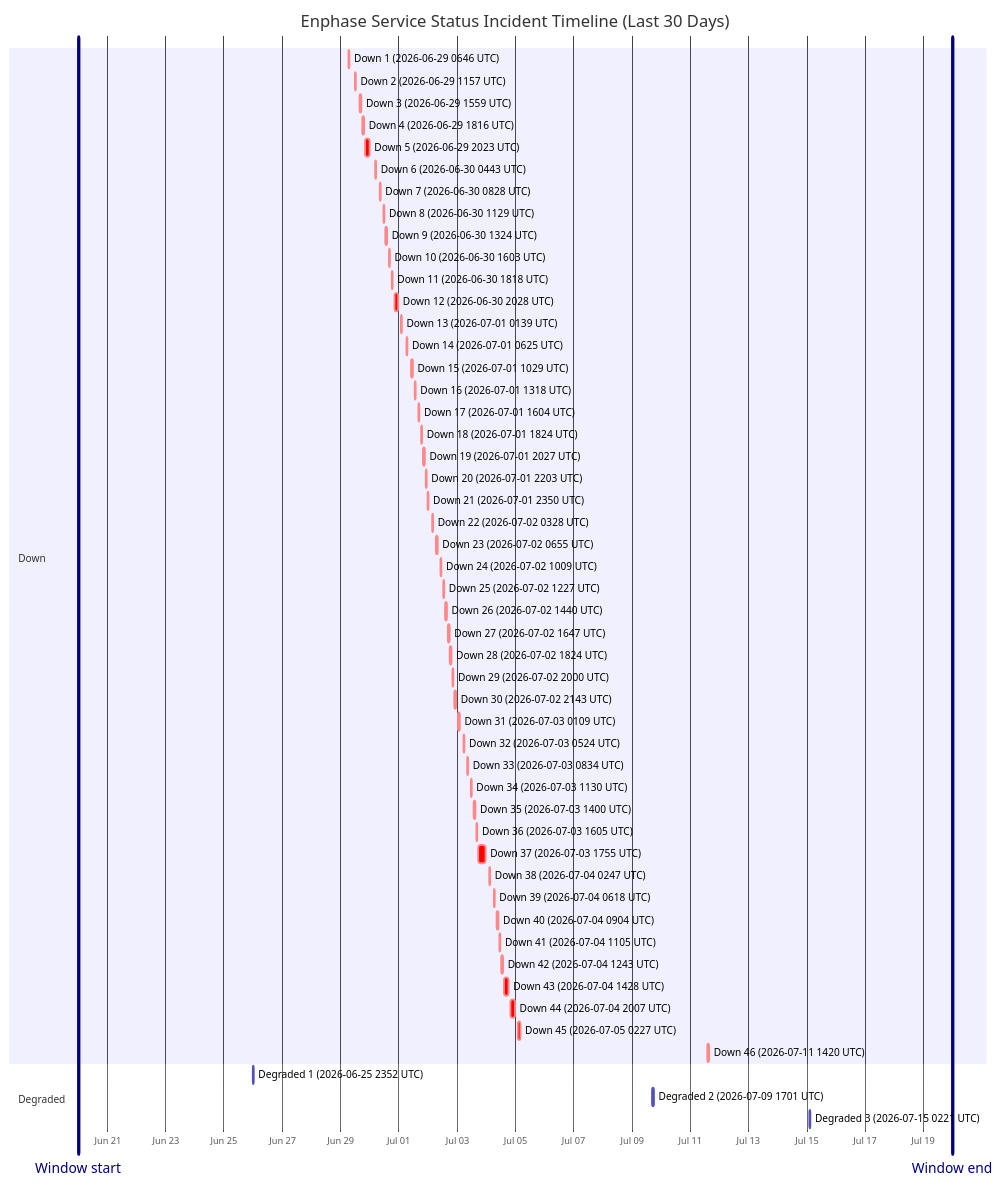
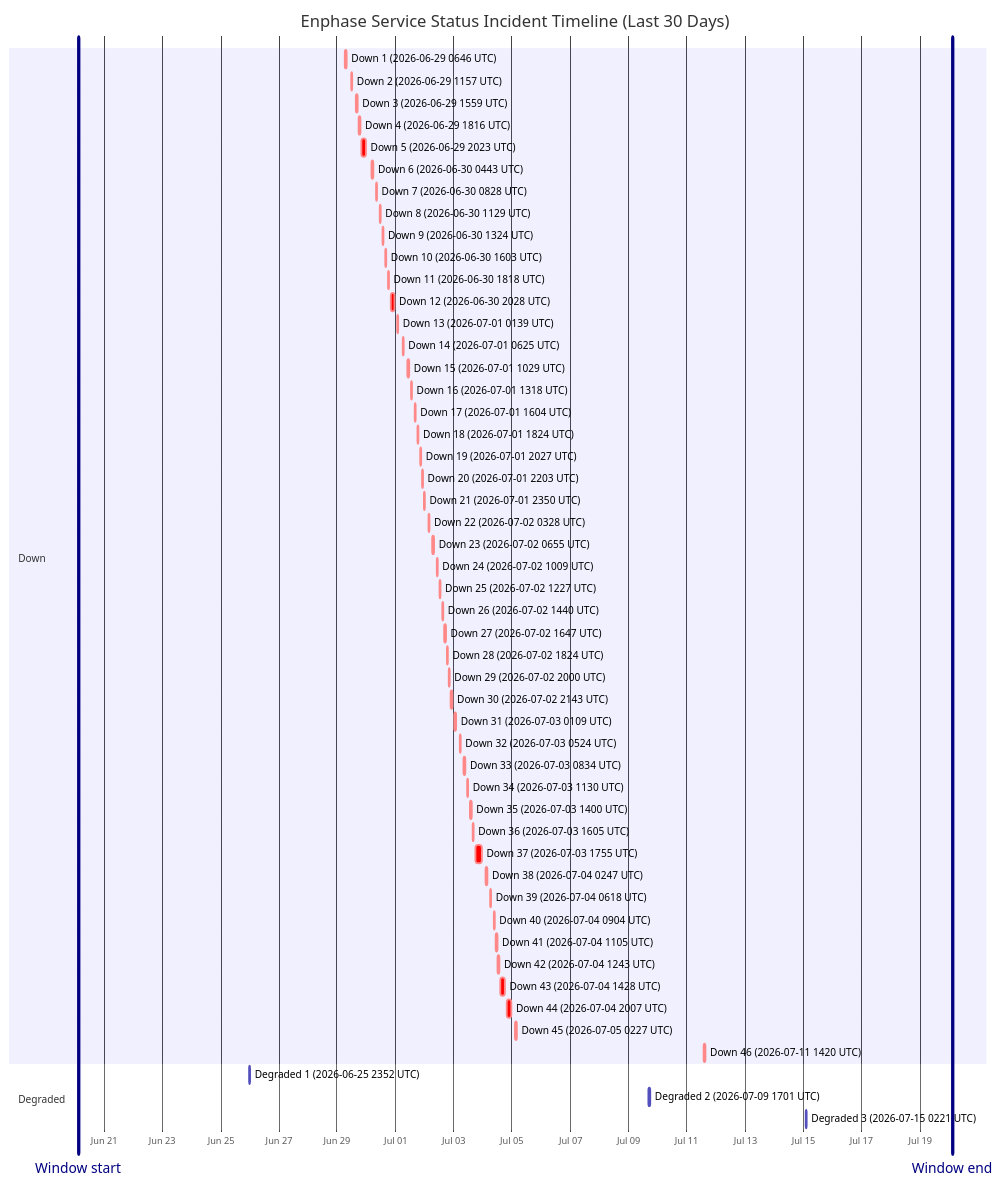
The diagram in wiki/Service-Status-History.md (barneyonline/ha-enphase-energy), drawn with Mermaid before and after one commit. The commit also changed other lines of this file and 3 other files, not shown here.

````diff
--- a/wiki/Service-Status-History.md
+++ b/wiki/Service-Status-History.md
@@ -14,59 +14,59 @@
 ```mermaid
 gantt
     title Enphase Service Status Incident Timeline (Last 30 Days)
     dateFormat  YYYY-MM-DDTHH:mm:ss
     axisFormat  %b %d
-    Window start :vert, window-start, 2026-06-19T23:55:09, 0ms
-    Window end :vert, window-end, 2026-07-19T23:55:09, 0ms
+    Window start :vert, window-start, 2026-06-20T02:49:29, 0ms
+    Window end :vert, window-end, 2026-07-20T02:49:29, 0ms
     section Down
     Down 1 (2026-06-29 0646 UTC) :crit, down-1, 2026-06-29T06:46:18, 60m
     Down 2 (2026-06-29 1157 UTC) :crit, down-2, 2026-06-29T11:57:36, 60m
     Down 3 (2026-06-29 1559 UTC) :crit, down-3, 2026-06-29T15:59:02, 60m
     Down 4 (2026-06-29 1816 UTC) :crit, down-4, 2026-06-29T18:16:38, 60m
     Down 5 (2026-06-29 2023 UTC) :crit, down-5, 2026-06-29T20:23:16, 220m
     Down 6 (2026-06-30 0443 UTC) :crit, down-6, 2026-06-30T04:43:54, 60m
     Down 7 (2026-06-30 0828 UTC) :crit, down-7, 2026-06-30T08:28:43, 60m
     Down 8 (2026-06-30 1129 UTC) :crit, down-8, 2026-06-30T11:29:15, 60m
     Down 9 (2026-06-30 1324 UTC) :crit, down-9, 2026-06-30T13:24:25, 60m
     Down 10 (2026-06-30 1603 UTC) :crit, down-10, 2026-06-30T16:03:26, 60m
     Down 11 (2026-06-30 1818 UTC) :crit, down-11, 2026-06-30T18:18:39, 60m
     Down 12 (2026-06-30 2028 UTC) :crit, down-12, 2026-06-30T20:28:54, 171m
     Down 13 (2026-07-01 0139 UTC) :crit, down-13, 2026-07-01T01:39:18, 60m
     Down 14 (2026-07-01 0625 UTC) :crit, down-14, 2026-07-01T06:25:35, 60m
     Down 15 (2026-07-01 1029 UTC) :crit, down-15, 2026-07-01T10:29:24, 60m
     Down 16 (2026-07-01 1318 UTC) :crit, down-16, 2026-07-01T13:18:31, 60m
     Down 17 (2026-07-01 1604 UTC) :crit, down-17, 2026-07-01T16:04:29, 60m
     Down 18 (2026-07-01 1824 UTC) :crit, down-18, 2026-07-01T18:24:21, 60m
     Down 19 (2026-07-01 2027 UTC) :crit, down-19, 2026-07-01T20:27:17, 60m
     Down 20 (2026-07-01 2203 UTC) :crit, down-20, 2026-07-01T22:03:46, 60m
     Down 21 (2026-07-01 2350 UTC) :crit, down-21, 2026-07-01T23:50:52, 60m
     Down 22 (2026-07-02 0328 UTC) :crit, down-22, 2026-07-02T03:28:33, 60m
     Down 23 (2026-07-02 0655 UTC) :crit, down-23, 2026-07-02T06:55:07, 60m
     Down 24 (2026-07-02 1009 UTC) :crit, down-24, 2026-07-02T10:09:15, 60m
     Down 25 (2026-07-02 1227 UTC) :crit, down-25, 2026-07-02T12:27:49, 60m
     Down 26 (2026-07-02 1440 UTC) :crit, down-26, 2026-07-02T14:40:53, 60m
     Down 27 (2026-07-02 1647 UTC) :crit, down-27, 2026-07-02T16:47:47, 60m
     Down 28 (2026-07-02 1824 UTC) :crit, down-28, 2026-07-02T18:24:26, 60m
     Down 29 (2026-07-02 2000 UTC) :crit, down-29, 2026-07-02T20:00:57, 60m
     Down 30 (2026-07-02 2143 UTC) :crit, down-30, 2026-07-02T21:43:52, 80m
     Down 31 (2026-07-03 0109 UTC) :crit, down-31, 2026-07-03T01:09:19, 60m
     Down 32 (2026-07-03 0524 UTC) :crit, down-32, 2026-07-03T05:24:23, 60m
     Down 33 (2026-07-03 0834 UTC) :crit, down-33, 2026-07-03T08:34:05, 60m
     Down 34 (2026-07-03 1130 UTC) :crit, down-34, 2026-07-03T11:30:41, 60m
     Down 35 (2026-07-03 1400 UTC) :crit, down-35, 2026-07-03T14:00:48, 60m
     Down 36 (2026-07-03 1605 UTC) :crit, down-36, 2026-07-03T16:05:49, 60m
     Down 37 (2026-07-03 1755 UTC) :crit, down-37, 2026-07-03T17:55:54, 338m
     Down 38 (2026-07-04 0247 UTC) :crit, down-38, 2026-07-04T02:47:22, 60m
     Down 39 (2026-07-04 0618 UTC) :crit, down-39, 2026-07-04T06:18:09, 60m
     Down 40 (2026-07-04 0904 UTC) :crit, down-40, 2026-07-04T09:04:41, 60m
     Down 41 (2026-07-04 1105 UTC) :crit, down-41, 2026-07-04T11:05:21, 60m
     Down 42 (2026-07-04 1243 UTC) :crit, down-42, 2026-07-04T12:43:25, 60m
     Down 43 (2026-07-04 1428 UTC) :crit, down-43, 2026-07-04T14:28:07, 243m
     Down 44 (2026-07-04 2007 UTC) :crit, down-44, 2026-07-04T20:07:50, 206m
     Down 45 (2026-07-05 0227 UTC) :crit, down-45, 2026-07-05T02:27:32, 109m
     Down 46 (2026-07-11 1420 UTC) :crit, down-46, 2026-07-11T14:20:54, 69m
     section Degraded
     Degraded 1 (2026-06-25 2352 UTC) :active, degraded-1, 2026-06-25T23:52:01, 60m
     Degraded 2 (2026-07-09 1701 UTC) :active, degraded-2, 2026-07-09T17:01:02, 60m
     Degraded 3 (2026-07-15 0221 UTC) :active, degraded-3, 2026-07-15T02:21:35, 60m
 ```
````
